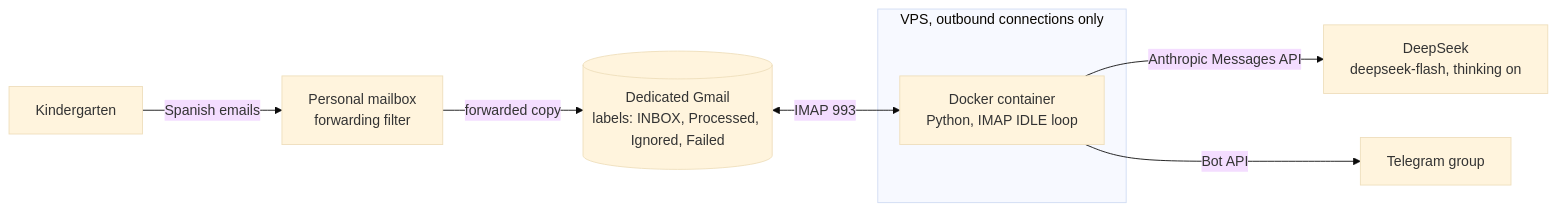
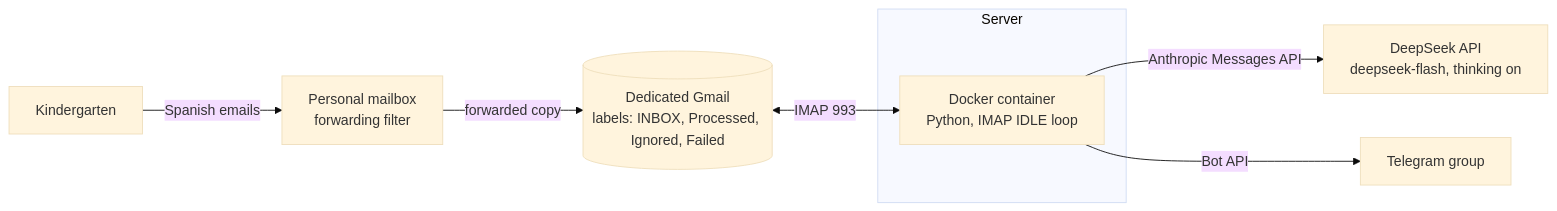
The first of 3 diagrams in docs/ARCHITECTURE.md (DeV1L/kindergarten-email-checker), drawn with Mermaid (base theme) before and after one commit. The commit also changed other lines of this file and 7 other files, not shown here.

````diff
--- a/docs/ARCHITECTURE.md
+++ b/docs/ARCHITECTURE.md
@@ -18,11 +18,11 @@
 ```mermaid
 flowchart LR
     K[Kindergarten] -->|Spanish emails| P["Personal mailbox<br/>forwarding filter"]
     P -->|forwarded copy| G[("Dedicated Gmail<br/>labels: INBOX, Processed, Ignored, Failed")]
-    subgraph VPS ["VPS, outbound connections only"]
+    subgraph VPS ["Server"]
         C["Docker container<br/>Python, IMAP IDLE loop"]
     end
     G <-->|IMAP 993| C
-    C -->|Anthropic Messages API| D["DeepSeek<br/>deepseek-flash, thinking on"]
+    C -->|Anthropic Messages API| D["DeepSeek API<br/>deepseek-flash, thinking on"]
     C -->|Bot API| T["Telegram group"]
 ```
````
